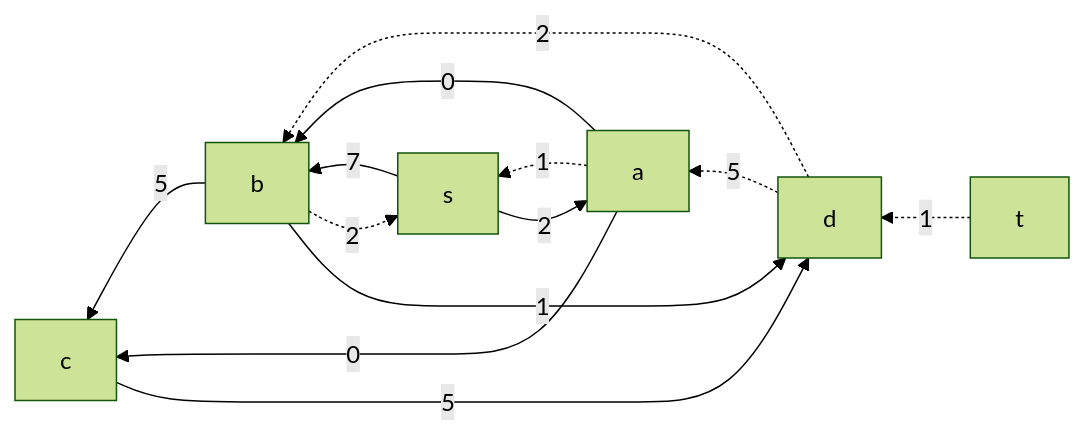
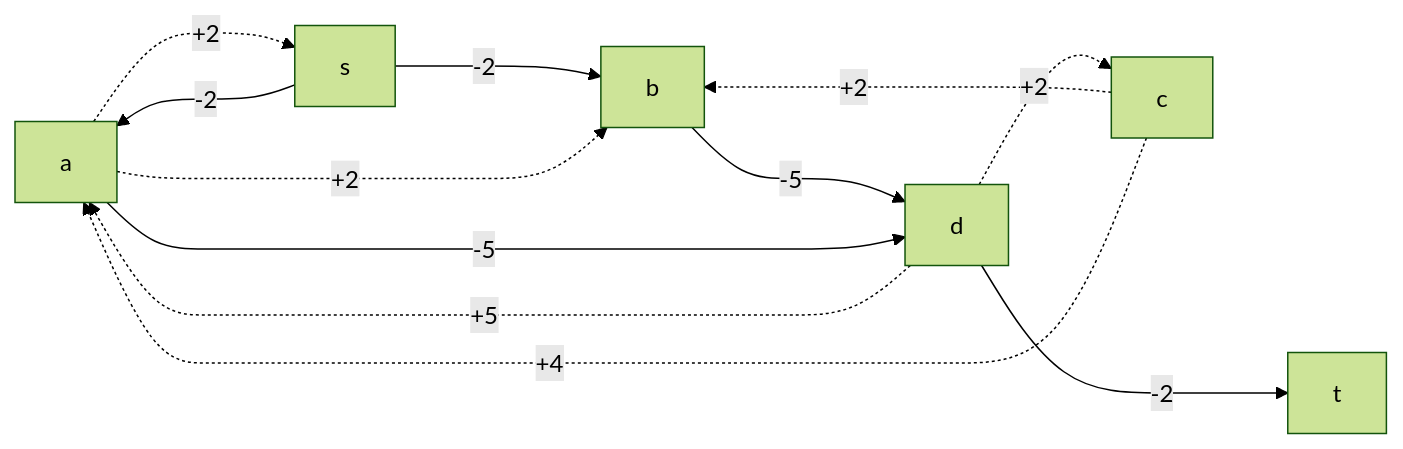
Before and after one commit to hse-algo-24-crow/manual-tasks-crow: the sixth of 9 diagrams in task-10/Milty-task-10.md, drawn with Mermaid (forest theme). The commit also changed other lines of this file, not shown here.

````diff
--- a/task-10/Milty-task-10.md
+++ b/task-10/Milty-task-10.md
@@ -72,8 +135,14 @@
 ```mermaid
-graph RL
-    t-.->|1|d-.->|5|a-.->|1|s
-    d-.->|2|b-.->|2|s
-    s-->|2|a-->|0|b-->|1|d
-    s-->|7|b-->|5|c
-    a-->|0|c-->|5|d
+graph LR
+    a-.->|+2|s
+    s--->|-2|a
+    s--->|-2|b
+    b--->|-5|d
+    a-.->|+2|b
+    c-.->|+2|b
+    d-.->|+2|c
+    c-.->|+4|a
+    d-.->|+5|a
+    a--->|-5|d
+    d--->|-2|t
 ```
````
